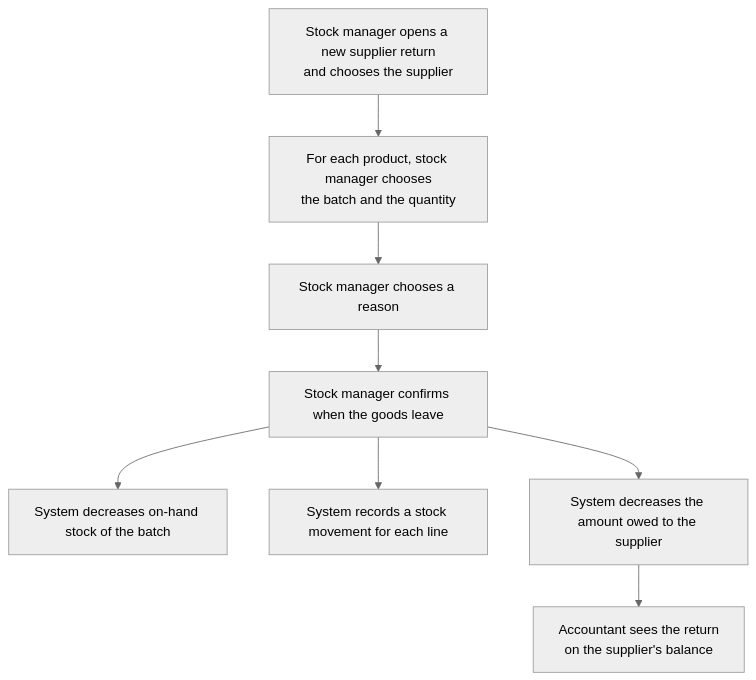
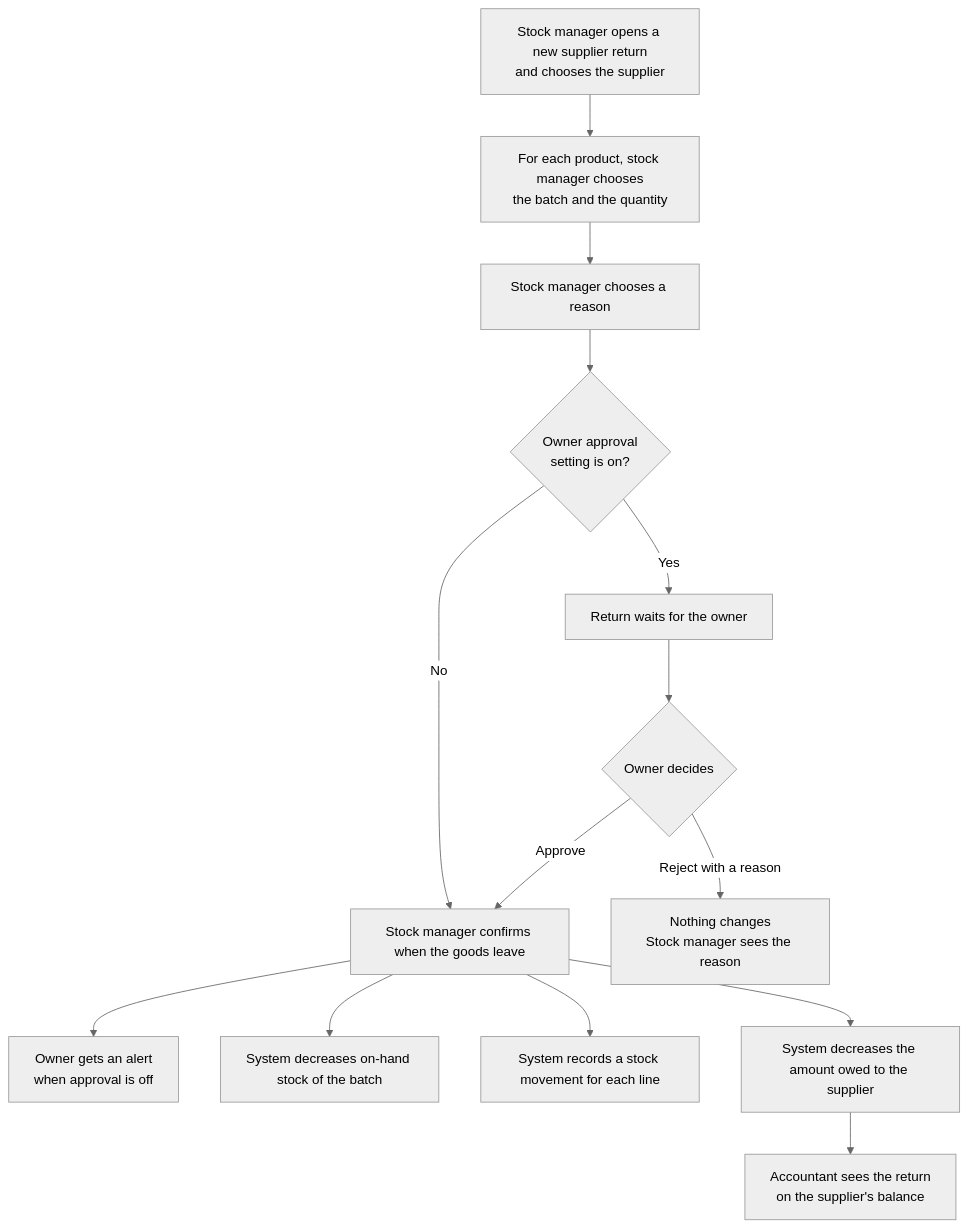
One commit to AhmedElnagarUU/Cosmo changed the first of 2 diagrams in docs/workflows/09-supplier-returns.md. Above: the diagram before and after it, drawn with Mermaid (neutral theme). The commit also changed other lines of this file and 6 other files, not shown here.

First line of the commit message:
Add optional owner approval for supplier returns

````diff
--- a/docs/workflows/09-supplier-returns.md
+++ b/docs/workflows/09-supplier-returns.md
@@ -7,10 +7,16 @@
 ```mermaid
 flowchart TD
     A[Stock manager opens a new supplier return<br/>and chooses the supplier] --> B[For each product, stock manager chooses<br/>the batch and the quantity]
     B --> C[Stock manager chooses a reason]
-    C --> D[Stock manager confirms when the goods leave]
+    C --> S{Owner approval<br/>setting is on?}
+    S -- No --> D[Stock manager confirms when the goods leave]
+    S -- Yes --> W[Return waits for the owner]
+    W --> O{Owner decides}
+    O -- Approve --> D
+    O -- Reject with a reason --> X[Nothing changes<br/>Stock manager sees the reason]
+    D --> N[Owner gets an alert<br/>when approval is off]
     D --> E[System decreases on-hand stock of the batch]
     D --> F[System records a stock movement for each line]
     D --> G[System decreases the amount owed to the supplier]
     G --> H[Accountant sees the return<br/>on the supplier's balance]
 ```
````
